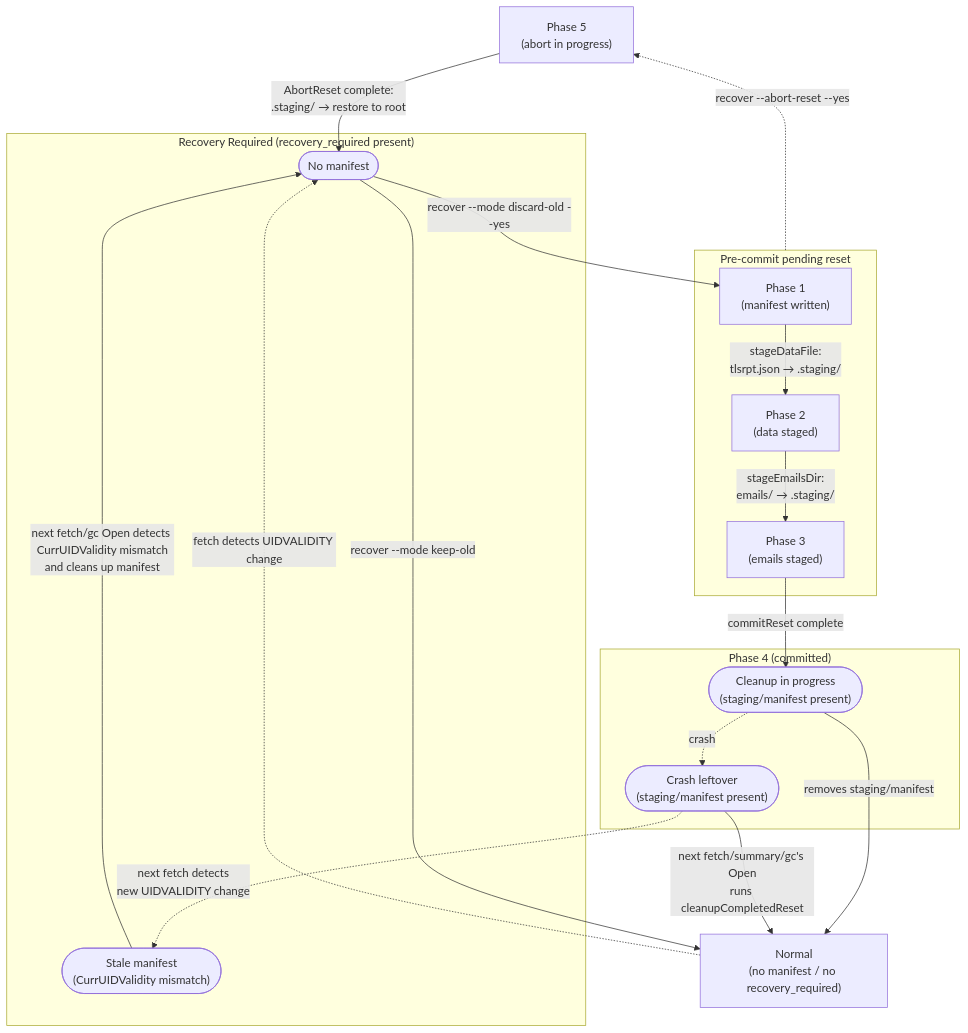
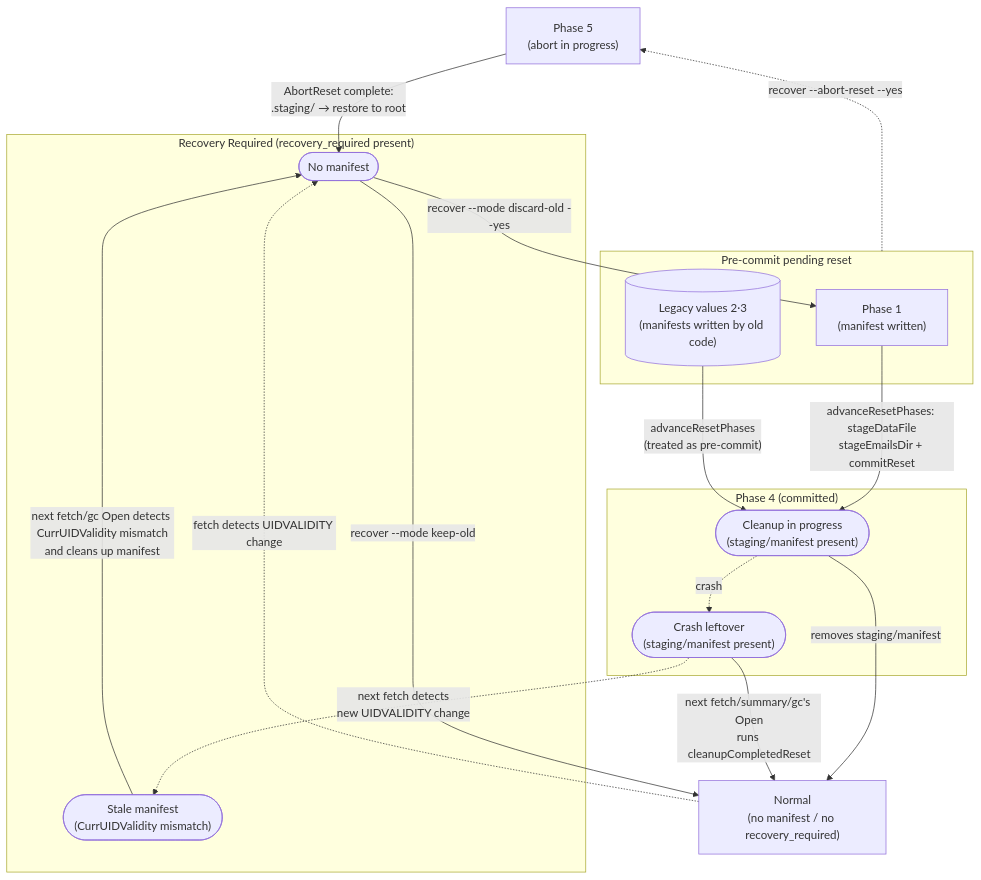
One commit to isseis/tlsrpt-digest changed the diagram in docs/dev/adr/0003_reset_phase_design.md. Above: the diagram before and after it, drawn with Mermaid. The commit also changed other lines of this file and 1 other file, not shown here.

````diff
--- a/docs/dev/adr/0003_reset_phase_design.md
+++ b/docs/dev/adr/0003_reset_phase_design.md
@@ -89,36 +89,34 @@
 ```mermaid
 flowchart TD
     P5["Phase 5<br>(abort in progress)"]
 
     subgraph RecoveryReq["Recovery Required (recovery_required present)"]
         RR(["No manifest"])
         StaleM(["Stale manifest<br>(CurrUIDValidity mismatch)"])
     end
 
     subgraph PendingReset["Pre-commit pending reset"]
         P1["Phase 1<br>(manifest written)"]
-        P2["Phase 2<br>(data staged)"]
-        P3["Phase 3<br>(emails staged)"]
+        Legacy[("Legacy values 2·3<br>(manifests written by old code)")]
     end
 
     subgraph Phase4["Phase 4 (committed)"]
         P4a(["Cleanup in progress<br>(staging/manifest present)"])
         P4b(["Crash leftover<br>(staging/manifest present)"])
     end
 
     Normal["Normal<br>(no manifest / no recovery_required)"]
 
     RR -->|"recover --mode keep-old"| Normal
     RR -->|"recover --mode discard-old --yes"| P1
-    P1 -->|"stageDataFile:<br>tlsrpt.json → .staging/"| P2
-    P2 -->|"stageEmailsDir:<br>emails/ → .staging/"| P3
-    P3 -->|"commitReset complete"| P4a
+    P1 -->|"advanceResetPhases: stageDataFile<br>stageEmailsDir + commitReset"| P4a
+    Legacy -->|"advanceResetPhases<br>(treated as pre-commit)"| P4a
     P4a -->|"removes staging/manifest"| Normal
     P4a -.->|"crash"| P4b
     P4b -->|"next fetch/summary/gc's Open<br>runs cleanupCompletedReset"| Normal
     P4b -.->|"next fetch detects<br>new UIDVALIDITY change"| StaleM
     StaleM -->|"next fetch/gc Open detects CurrUIDValidity mismatch<br>and cleans up manifest"| RR
     PendingReset -.->|"recover --abort-reset --yes"| P5
     P5 -->|"AbortReset complete:<br>.staging/ → restore to root"| RR
     Normal -.->|"fetch detects UIDVALIDITY change"| RR
 ```
````
